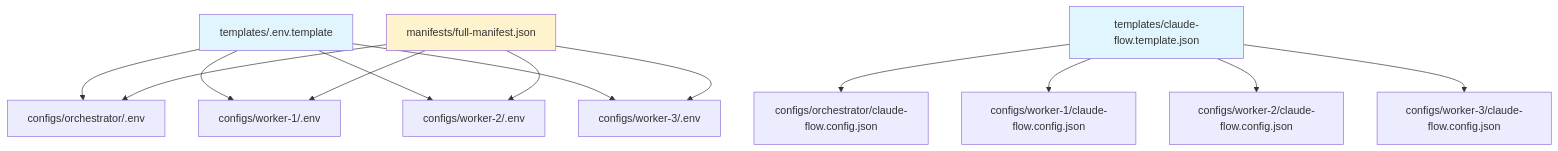
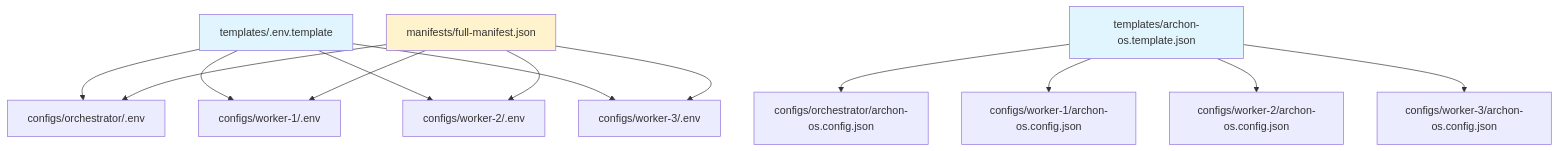
Before and after one commit to ellisapotheosis/Project-Nyra: the second of 2 diagrams in docs/architecture/bootstrap-directory-structure.md, drawn with Mermaid. The commit also changed other lines of this file and 992 other files, not shown here.

````diff
--- a/docs/architecture/bootstrap-directory-structure.md
+++ b/docs/architecture/bootstrap-directory-structure.md
@@ -300,21 +300,21 @@
 ```mermaid
 flowchart TB
     T1[templates/.env.template] --> C1[configs/orchestrator/.env]
     T1 --> C2[configs/worker-1/.env]
     T1 --> C3[configs/worker-2/.env]
     T1 --> C4[configs/worker-3/.env]
 
-    T2[templates/claude-flow.template.json] --> C5[configs/orchestrator/claude-flow.config.json]
-    T2 --> C6[configs/worker-1/claude-flow.config.json]
-    T2 --> C7[configs/worker-2/claude-flow.config.json]
-    T2 --> C8[configs/worker-3/claude-flow.config.json]
+    T2[templates/archon-os.template.json] --> C5[configs/orchestrator/archon-os.config.json]
+    T2 --> C6[configs/worker-1/archon-os.config.json]
+    T2 --> C7[configs/worker-2/archon-os.config.json]
+    T2 --> C8[configs/worker-3/archon-os.config.json]
 
     M[manifests/full-manifest.json] --> C1
     M --> C2
     M --> C3
     M --> C4
 
     style T1 fill:#e1f5ff
     style T2 fill:#e1f5ff
     style M fill:#fff3cd
 ```
````
